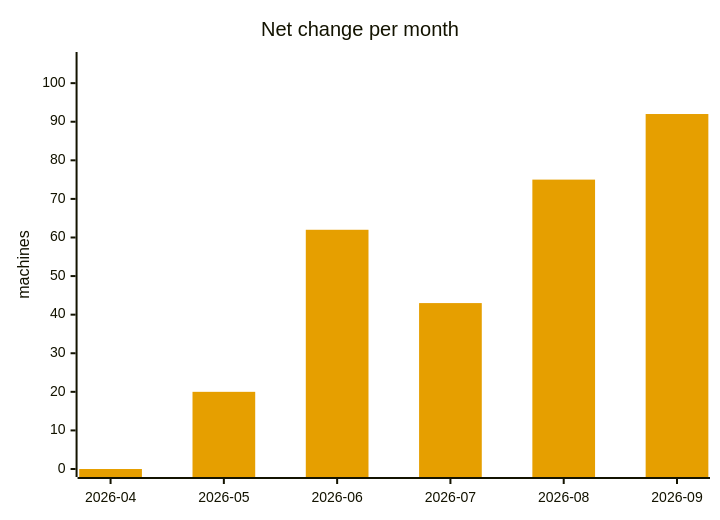
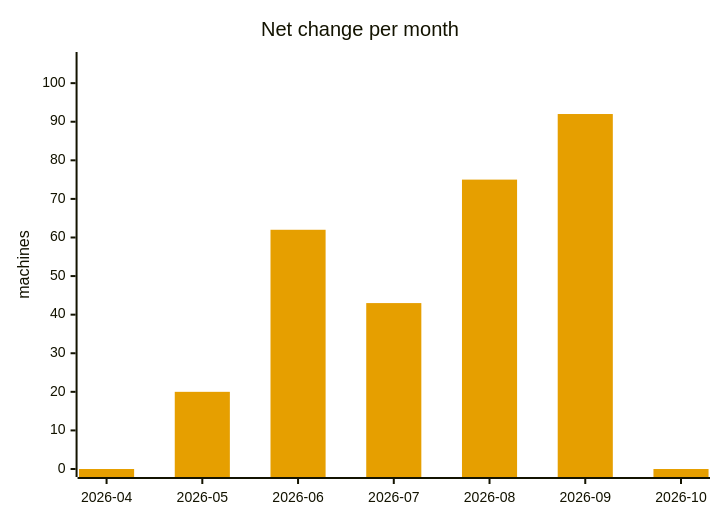
The fifth of 5 diagrams in ANALYSIS.md (cheeaun/returnright-data), drawn with Mermaid before and after one commit. The commit also changed other lines of this file and 4 other files, not shown here.

````diff
--- a/ANALYSIS.md
+++ b/ANALYSIS.md
@@ -265,13 +265,13 @@
 ```mermaid
 ---
 config:
   themeVariables:
     xyChart:
       plotColorPalette: "#E69F00"
 ---
 xychart-beta
     title "Net change per month"
-    x-axis ["2026-04", "2026-05", "2026-06", "2026-07", "2026-08", "2026-09"]
+    x-axis ["2026-04", "2026-05", "2026-06", "2026-07", "2026-08", "2026-09", "2026-10"]
     y-axis "machines" 0 --> 106
-    bar [0, 20, 62, 43, 75, 92]
+    bar [0, 20, 62, 43, 75, 92, 0]
 ```
````
